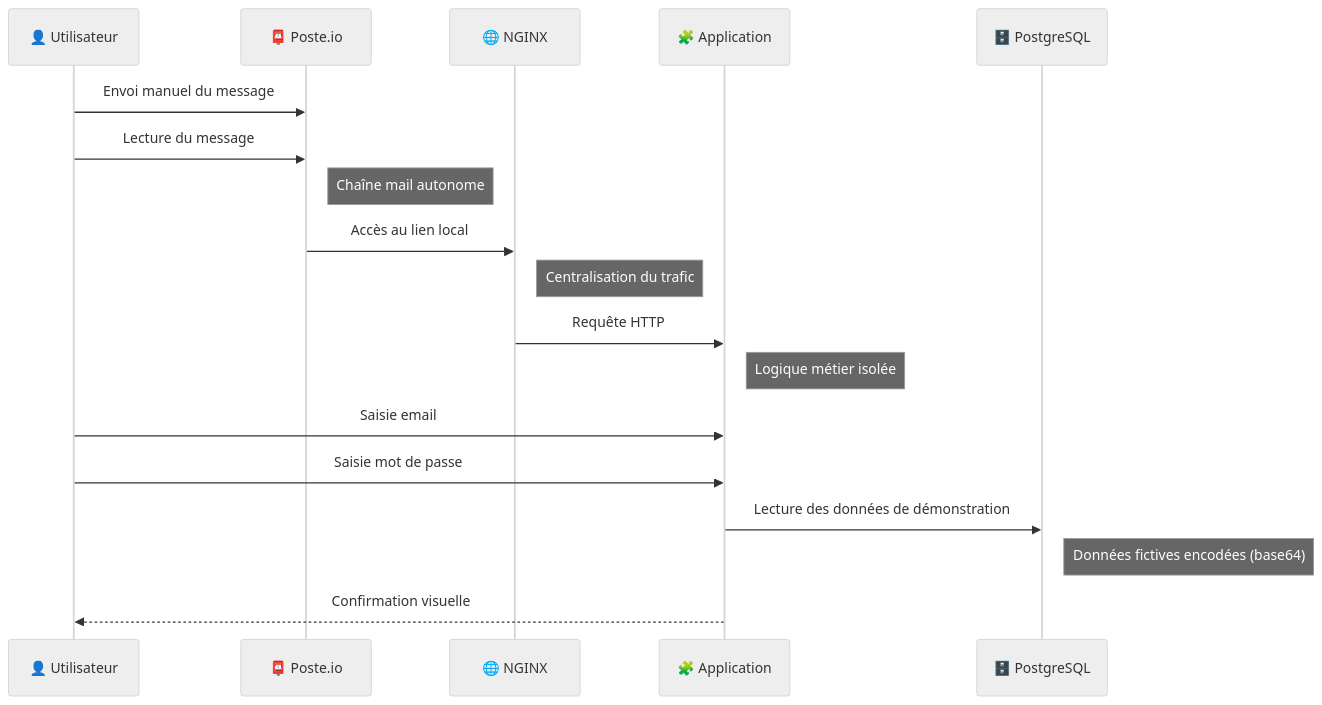
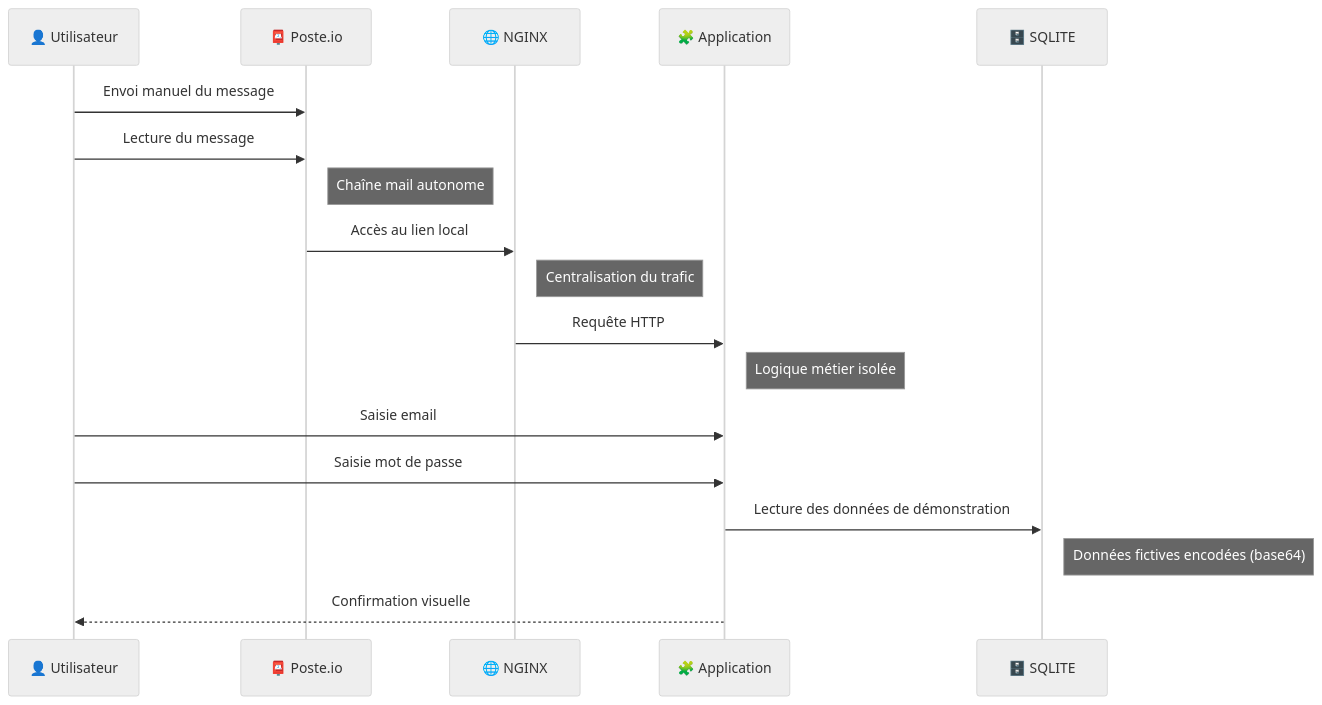
The second of 2 diagrams in README.md (Alidrix/L_ATELIER), drawn with Mermaid (neutral theme) before and after one commit. The commit also changed other lines of this file, not shown here.

````diff
--- a/README.md
+++ b/README.md
@@ -44,21 +35,21 @@
 ```mermaid
 sequenceDiagram
   participant U as 👤 Utilisateur
   participant M as 📮 Poste.io
   participant N as 🌐 NGINX
   participant A as 🧩 Application
-  participant D as 🗄️ PostgreSQL
+  participant D as 🗄️ SQLITE
 
   U->>M: Envoi manuel du message
   U->>M: Lecture du message
   Note right of M: Chaîne mail autonome
   M->>N: Accès au lien local
   Note right of N: Centralisation du trafic
   N->>A: Requête HTTP
   Note right of A: Logique métier isolée
   U->>A: Saisie email
   U->>A: Saisie mot de passe
   A->>D: Lecture des données de démonstration
   Note right of D: Données fictives encodées (base64)
   A-->>U: Confirmation visuelle
 ```
````
